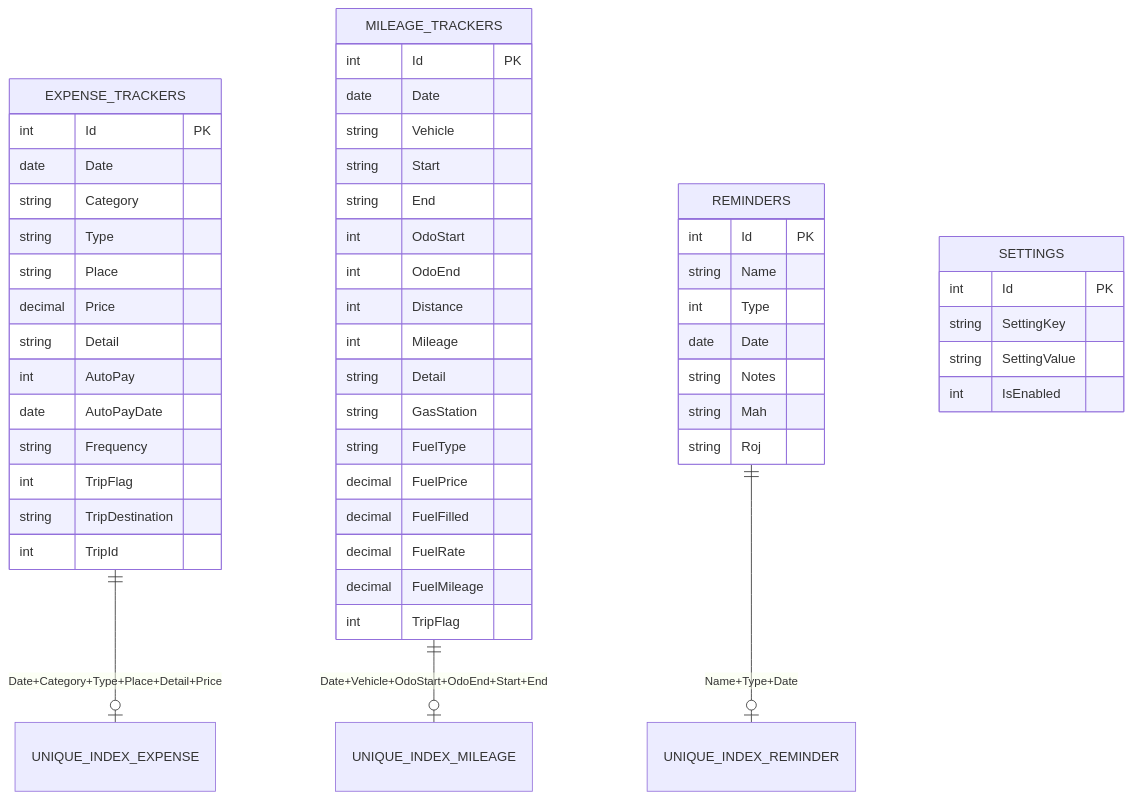
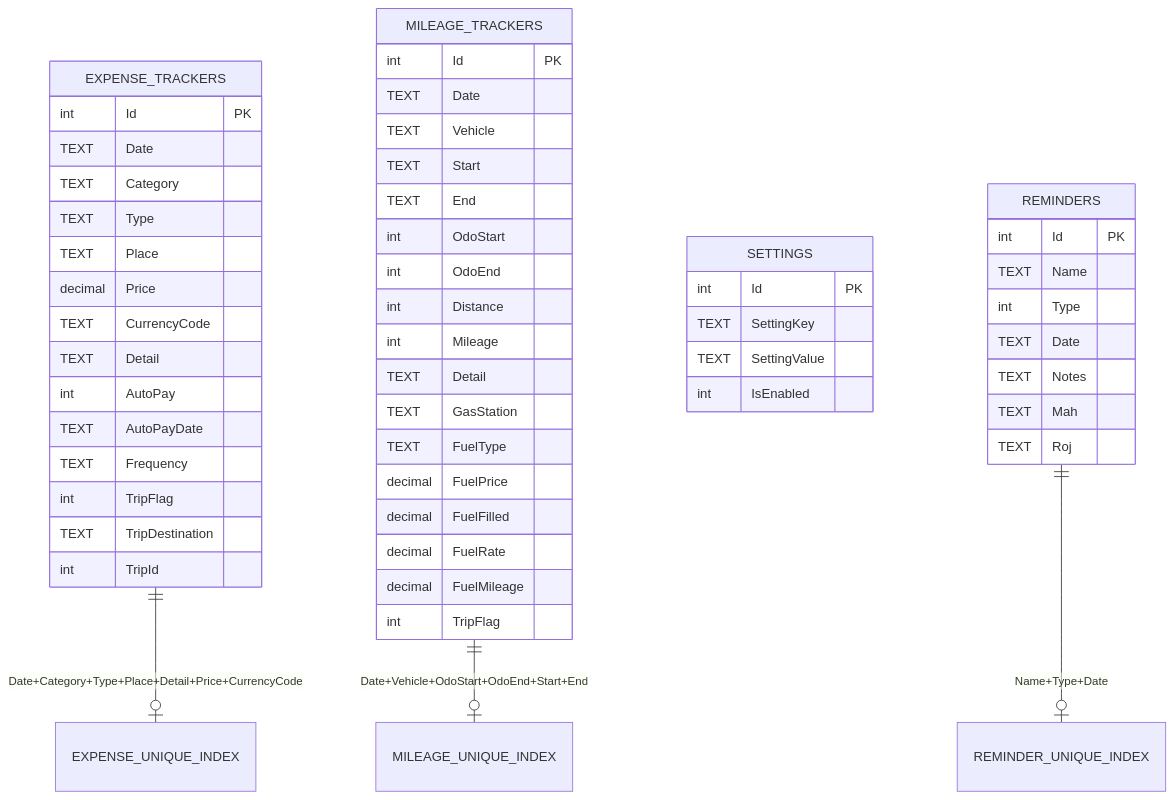
The second of 2 diagrams in ARCHITECTURE.md (bawapro/NevApps), drawn with Mermaid before and after one commit. The commit also changed other lines of this file and 102 other files, not shown here.

First line of the commit message:
Implemented Themes, Swiping, Multi-currency, Pull-up-refresh; Fixed Feedback; Enhanced ScanReceipt, Dashboard, Reminders & Settings.

````diff
--- a/ARCHITECTURE.md
+++ b/ARCHITECTURE.md
@@ -22,59 +89,60 @@
 ```mermaid
 erDiagram
     EXPENSE_TRACKERS {
         int Id PK
-        date Date
-        string Category
-        string Type
-        string Place
+        TEXT Date
+        TEXT Category
+        TEXT Type
+        TEXT Place
         decimal Price
-        string Detail
+        TEXT CurrencyCode
+        TEXT Detail
         int AutoPay
-        date AutoPayDate
-        string Frequency
+        TEXT AutoPayDate
+        TEXT Frequency
         int TripFlag
-        string TripDestination
+        TEXT TripDestination
         int TripId
     }
 
     MILEAGE_TRACKERS {
         int Id PK
-        date Date
-        string Vehicle
-        string Start
-        string End
+        TEXT Date
+        TEXT Vehicle
+        TEXT Start
+        TEXT End
         int OdoStart
         int OdoEnd
         int Distance
         int Mileage
-        string Detail
-        string GasStation
-        string FuelType
+        TEXT Detail
+        TEXT GasStation
+        TEXT FuelType
         decimal FuelPrice
         decimal FuelFilled
         decimal FuelRate
         decimal FuelMileage
         int TripFlag
     }
 
-    REMINDERS {
-        int Id PK
-        string Name
-        int Type
-        date Date
-        string Notes
-        string Mah
-        string Roj
-    }
-
     SETTINGS {
         int Id PK
-        string SettingKey
-        string SettingValue
+        TEXT SettingKey
+        TEXT SettingValue
         int IsEnabled
     }
 
-    EXPENSE_TRACKERS ||--o| UNIQUE_INDEX_EXPENSE : "Date+Category+Type+Place+Detail+Price"
-    MILEAGE_TRACKERS ||--o| UNIQUE_INDEX_MILEAGE : "Date+Vehicle+OdoStart+OdoEnd+Start+End"
-    REMINDERS ||--o| UNIQUE_INDEX_REMINDER : "Name+Type+Date"
+    REMINDERS {
+        int Id PK
+        TEXT Name
+        int Type
+        TEXT Date
+        TEXT Notes
+        TEXT Mah
+        TEXT Roj
+    }
+
+    EXPENSE_TRACKERS ||--o| EXPENSE_UNIQUE_INDEX : "Date+Category+Type+Place+Detail+Price+CurrencyCode"
+    MILEAGE_TRACKERS ||--o| MILEAGE_UNIQUE_INDEX : "Date+Vehicle+OdoStart+OdoEnd+Start+End"
+    REMINDERS ||--o| REMINDER_UNIQUE_INDEX : "Name+Type+Date"
 ```
````
